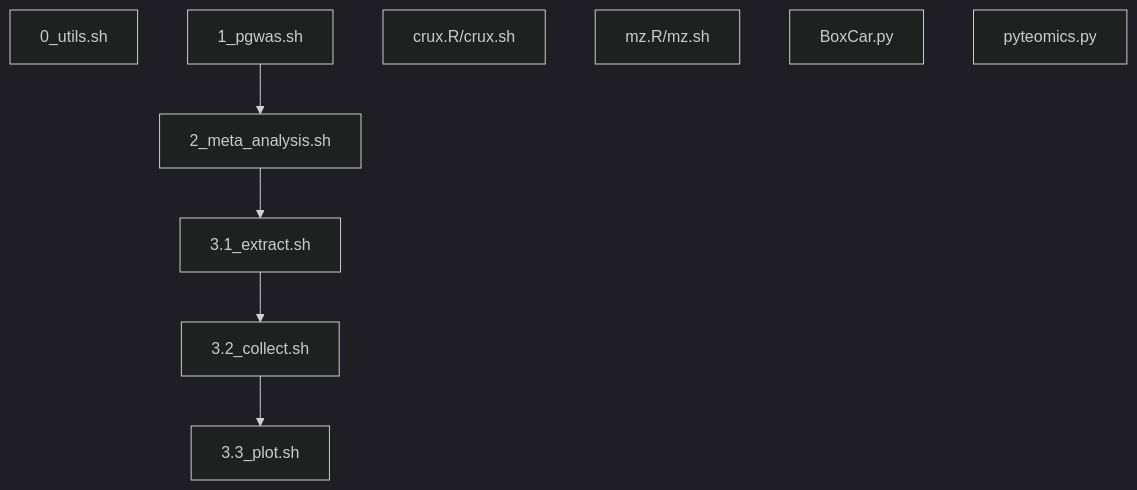
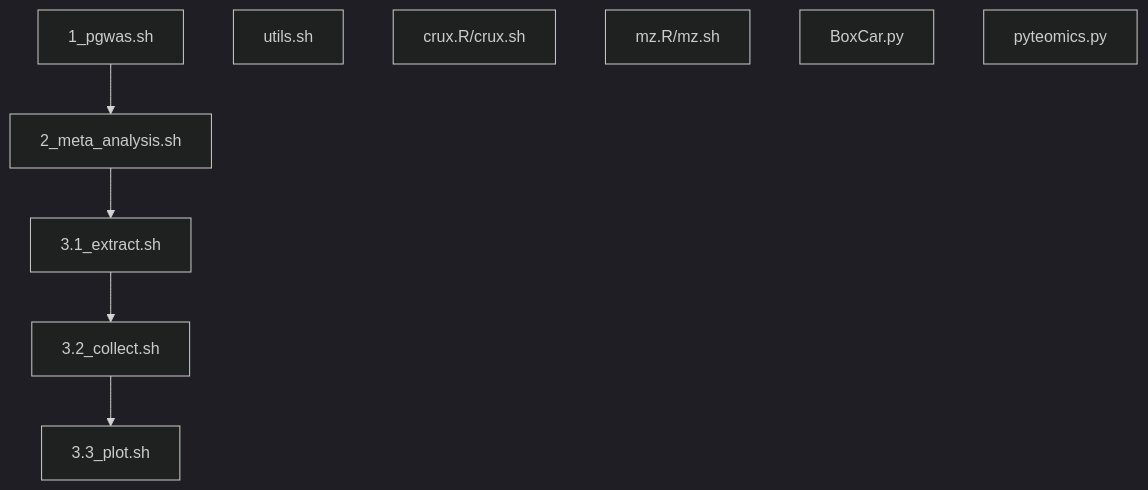
Before and after one commit to jinghuazhao/Caprion: the diagram in peptide_progs/README.md, drawn with Mermaid (dark theme). The commit also changed other lines of this file and 2 other files, not shown here.

````diff
--- a/peptide_progs/README.md
+++ b/peptide_progs/README.md
@@ -9,14 +9,14 @@
 ```mermaid
 graph TD;
-0_utils.sh
 1_pgwas.sh
 2_meta_analysis.sh
 3.1_extract.sh
 3.2_collect.sh
 3.3_plot.sh
 1_pgwas.sh --> 2_meta_analysis.sh --> 3.1_extract.sh --> 3.2_collect.sh --> 3.3_plot.sh
+utils.sh
 crux.R/crux.sh
 mz.R/mz.sh
 BoxCar.py
 pyteomics.py
 ```
````
